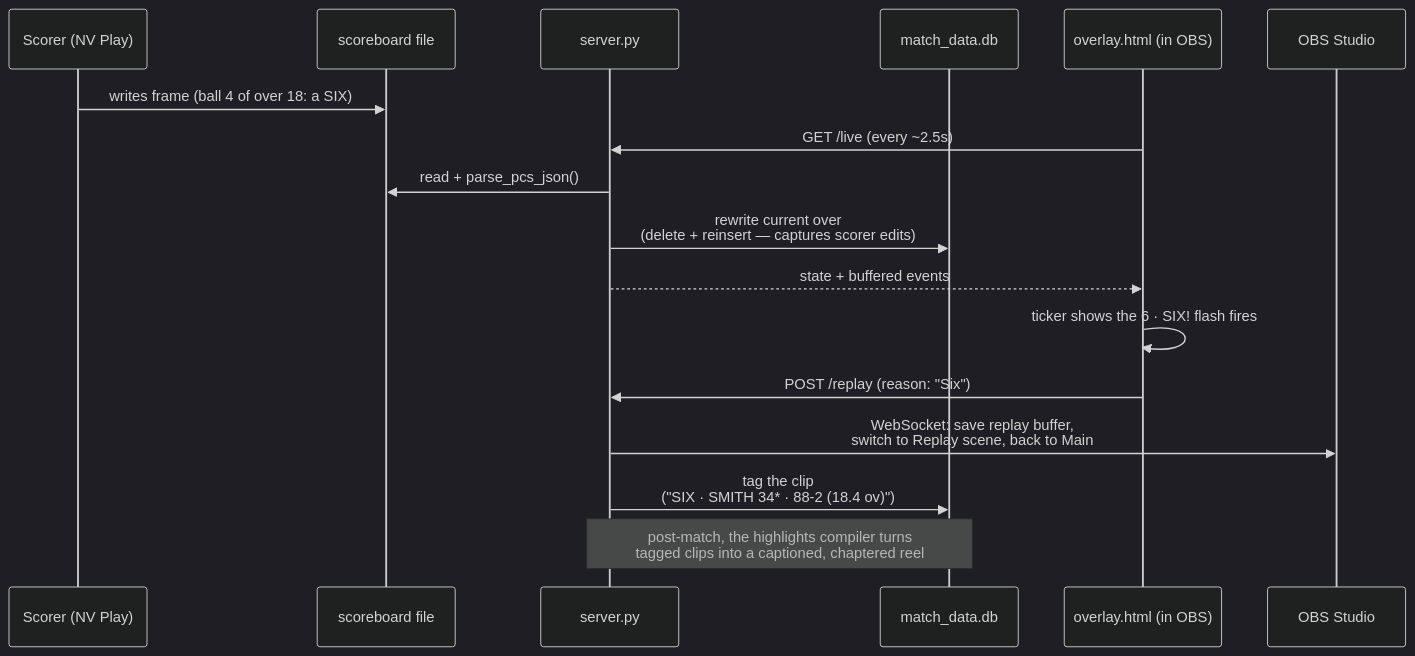
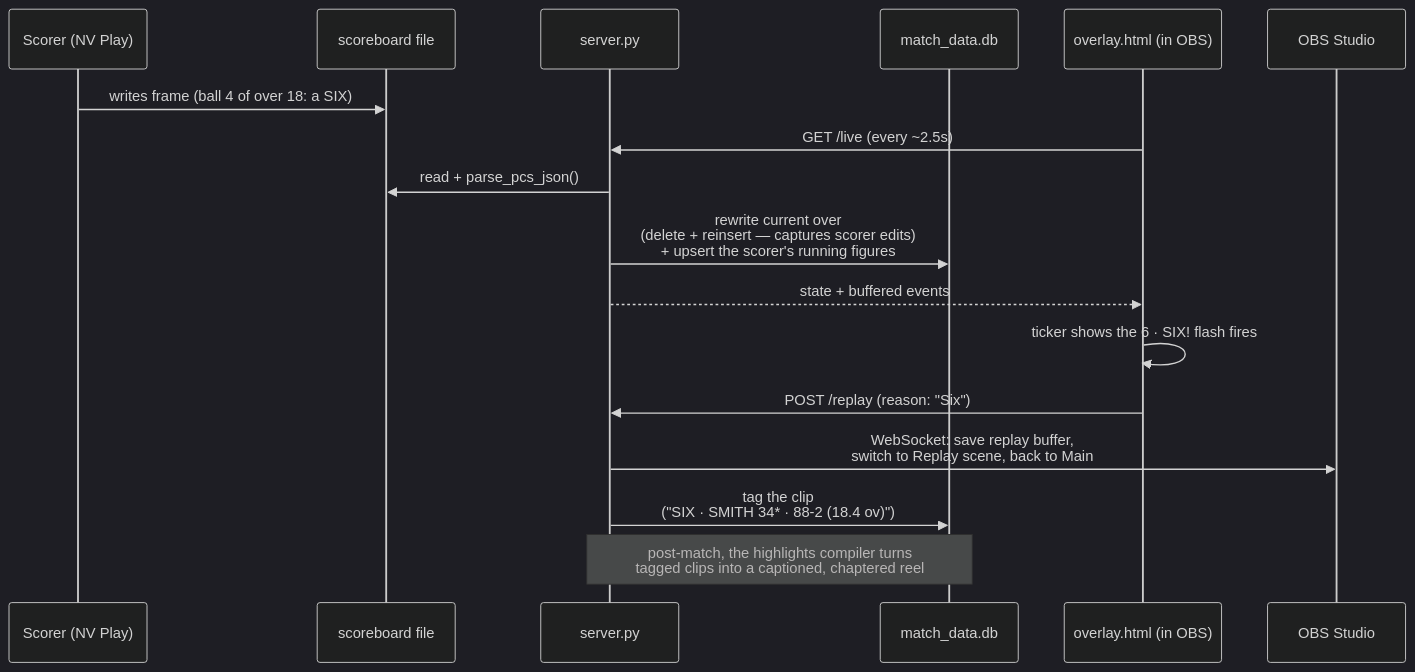
One commit to BridestoweBelstoneCC/Cricket-Live-Stream changed the second of 2 diagrams in ARCHITECTURE.md. Above: the diagram before and after it, drawn with Mermaid (dark theme). The commit also changed other lines of this file and 7 other files, not shown here.

````diff
--- a/ARCHITECTURE.md
+++ b/ARCHITECTURE.md
@@ -80,20 +80,20 @@
 ```mermaid
 sequenceDiagram
     participant S as Scorer (NV Play)
     participant F as scoreboard file
     participant SV as server.py
     participant DB as match_data.db
     participant OV as overlay.html (in OBS)
     participant OBS as OBS Studio
 
     S->>F: writes frame (ball 4 of over 18: a SIX)
     OV->>SV: GET /live (every ~2.5s)
     SV->>F: read + parse_pcs_json()
-    SV->>DB: rewrite current over<br/>(delete + reinsert — captures scorer edits)
+    SV->>DB: rewrite current over<br/>(delete + reinsert — captures scorer edits)<br/>+ upsert the scorer's running figures
     SV-->>OV: state + buffered events
     OV->>OV: ticker shows the 6 · SIX! flash fires
     OV->>SV: POST /replay (reason: "Six")
     SV->>OBS: WebSocket: save replay buffer,<br/>switch to Replay scene, back to Main
     SV->>DB: tag the clip<br/>("SIX · SMITH 34* · 88-2 (18.4 ov)")
     Note over SV,DB: post-match, the highlights compiler turns<br/>tagged clips into a captioned, chaptered reel
 ```
````
